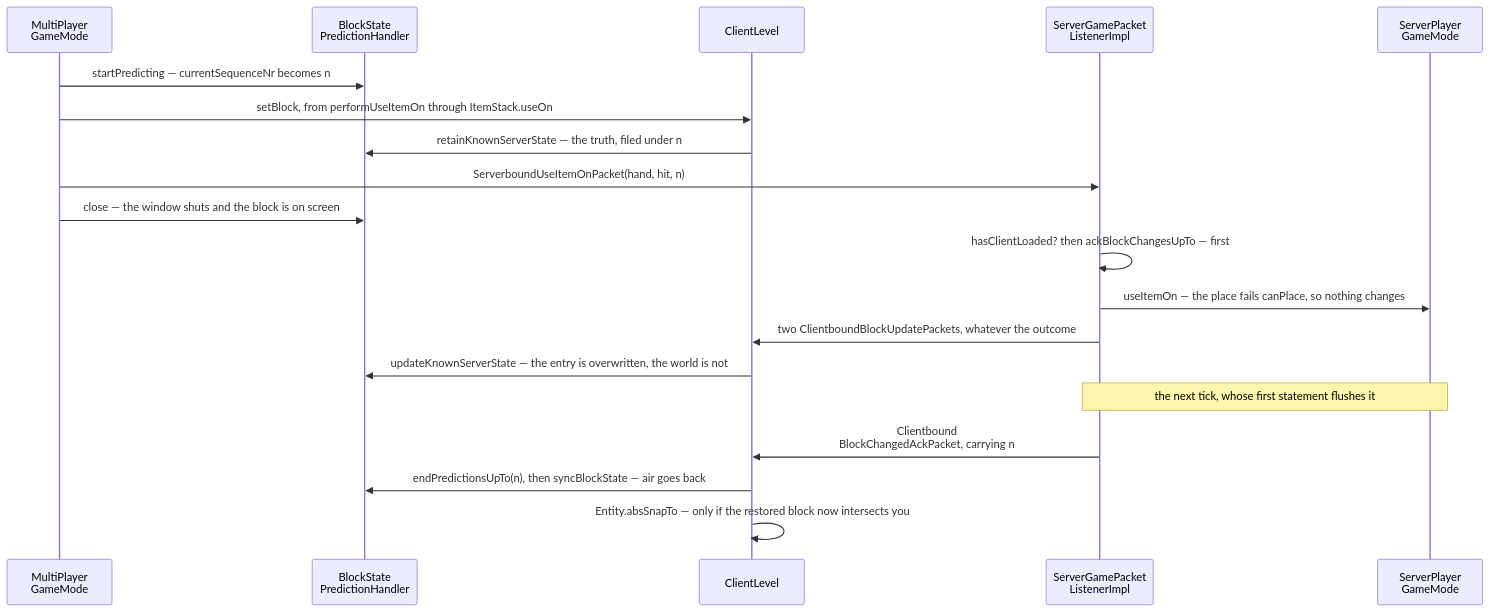
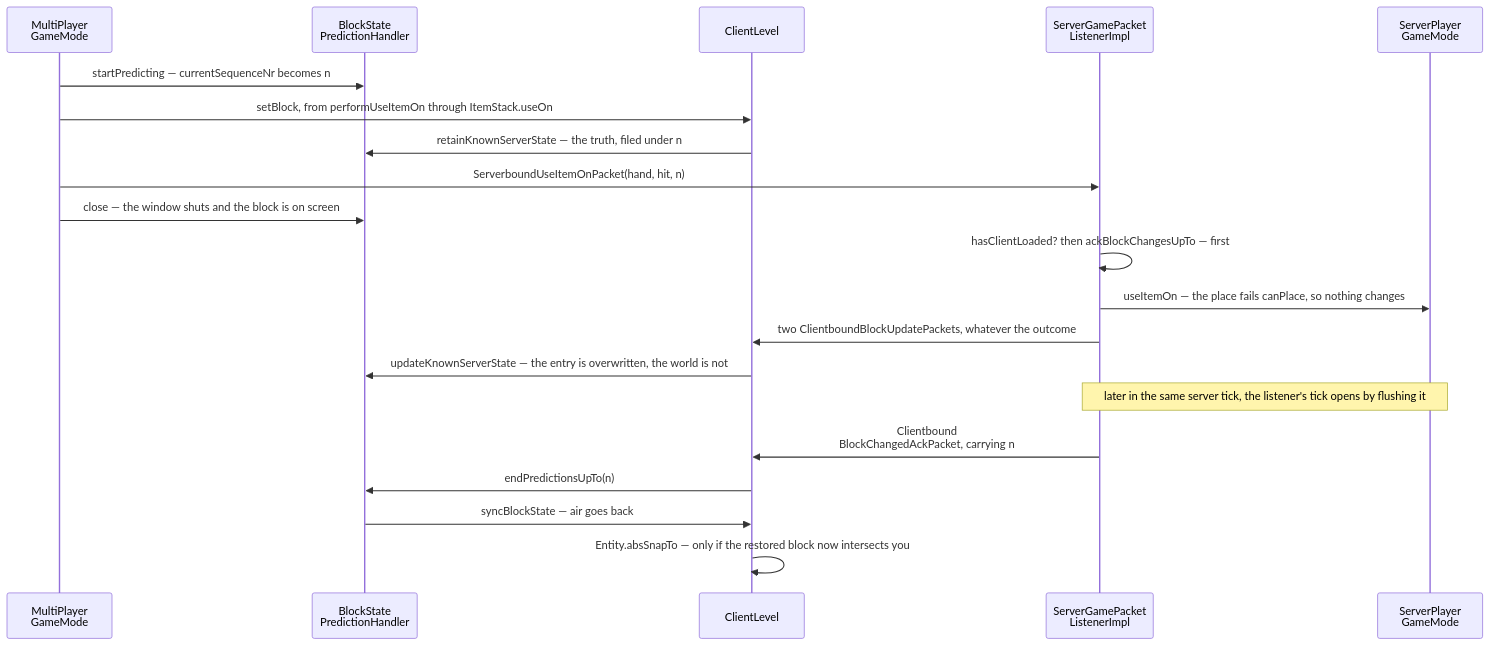
The second of 2 diagrams in src/systems/client/prediction-and-acks.md (AlexanderjFraser/MinecraftDocs), drawn with Mermaid before and after one commit. The commit also changed other lines of this file and 33 other files, not shown here.

````diff
--- a/src/systems/client/prediction-and-acks.md
+++ b/src/systems/client/prediction-and-acks.md
@@ -129,22 +121,23 @@
 ```mermaid
 sequenceDiagram
     participant MPGM as MultiPlayer<br/>GameMode
     participant BSPH as BlockState<br/>PredictionHandler
     participant CL as ClientLevel
     participant SGPL as ServerGamePacket<br/>ListenerImpl
     participant SPGM as ServerPlayer<br/>GameMode
 
     MPGM->>BSPH: startPredicting — currentSequenceNr becomes n
     MPGM->>CL: setBlock, from performUseItemOn through ItemStack.useOn
     CL->>BSPH: retainKnownServerState — the truth, filed under n
     MPGM->>SGPL: ServerboundUseItemOnPacket(hand, hit, n)
     MPGM->>BSPH: close — the window shuts and the block is on screen
     SGPL->>SGPL: hasClientLoaded? then ackBlockChangesUpTo — first
     SGPL->>SPGM: useItemOn — the place fails canPlace, so nothing changes
     SGPL->>CL: two ClientboundBlockUpdatePackets, whatever the outcome
     CL->>BSPH: updateKnownServerState — the entry is overwritten, the world is not
-    Note over SGPL,SPGM: the next tick, whose first statement flushes it
+    Note over SGPL,SPGM: later in the same server tick, the listener's tick opens by flushing it
     SGPL->>CL: Clientbound<br/>BlockChangedAckPacket, carrying n
-    CL->>BSPH: endPredictionsUpTo(n), then syncBlockState — air goes back
+    CL->>BSPH: endPredictionsUpTo(n)
+    BSPH->>CL: syncBlockState — air goes back
     CL->>CL: Entity.absSnapTo — only if the restored block now intersects you
 ```
````
